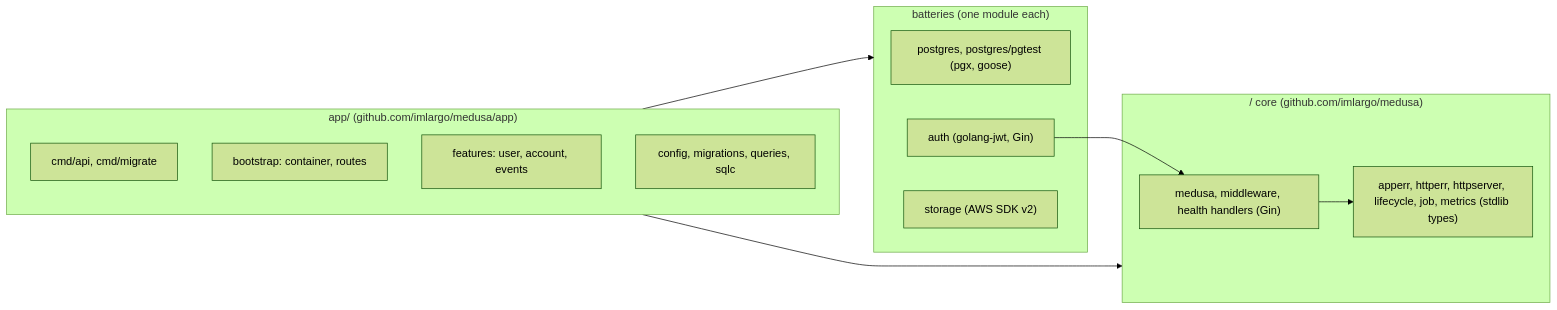
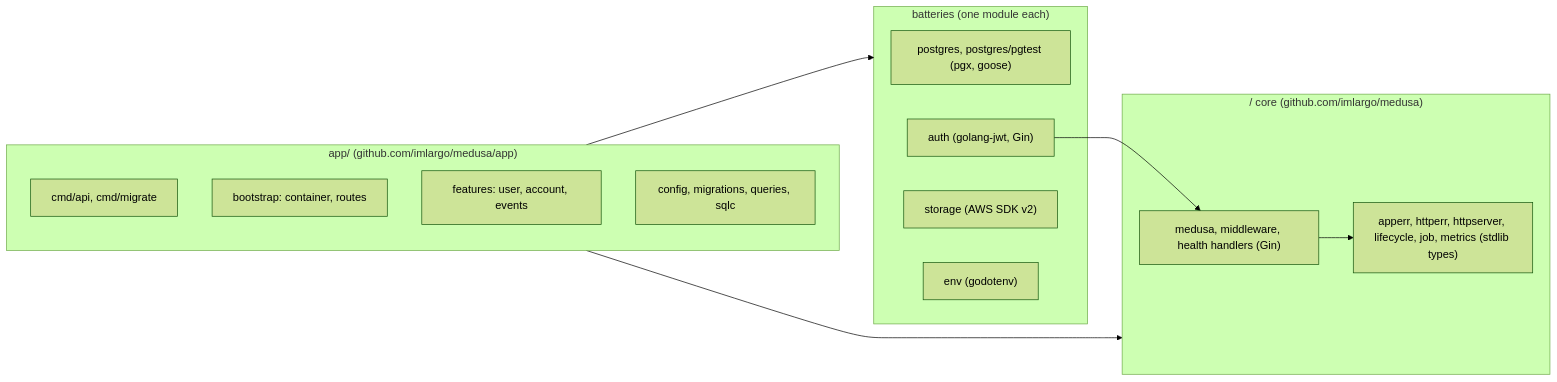
One commit to imlargo/medusa changed the first of 4 diagrams in docs/architecture.md. Above: the diagram before and after it, drawn with Mermaid (forest theme). The commit also changed other lines of this file and 10 other files, not shown here.

````diff
--- a/docs/architecture.md
+++ b/docs/architecture.md
@@ -7,22 +7,23 @@
 ```mermaid
 flowchart LR
     subgraph app["app/ (github.com/imlargo/medusa/app)"]
         cmd["cmd/api, cmd/migrate"]
         bootstrap["bootstrap: container, routes"]
         features["features: user, account, events"]
         infra["config, migrations, queries, sqlc"]
     end
     subgraph batteries["batteries (one module each)"]
         pg["postgres, postgres/pgtest (pgx, goose)"]
         auth["auth (golang-jwt, Gin)"]
         storage["storage (AWS SDK v2)"]
+        envb["env (godotenv)"]
     end
     subgraph medusa["/ core (github.com/imlargo/medusa)"]
         edge["medusa, middleware, health handlers (Gin)"]
         core["apperr, httperr, httpserver, lifecycle, job, metrics (stdlib types)"]
     end
     app --> batteries
     app --> medusa
     auth --> edge
     edge --> core
 ```
````
